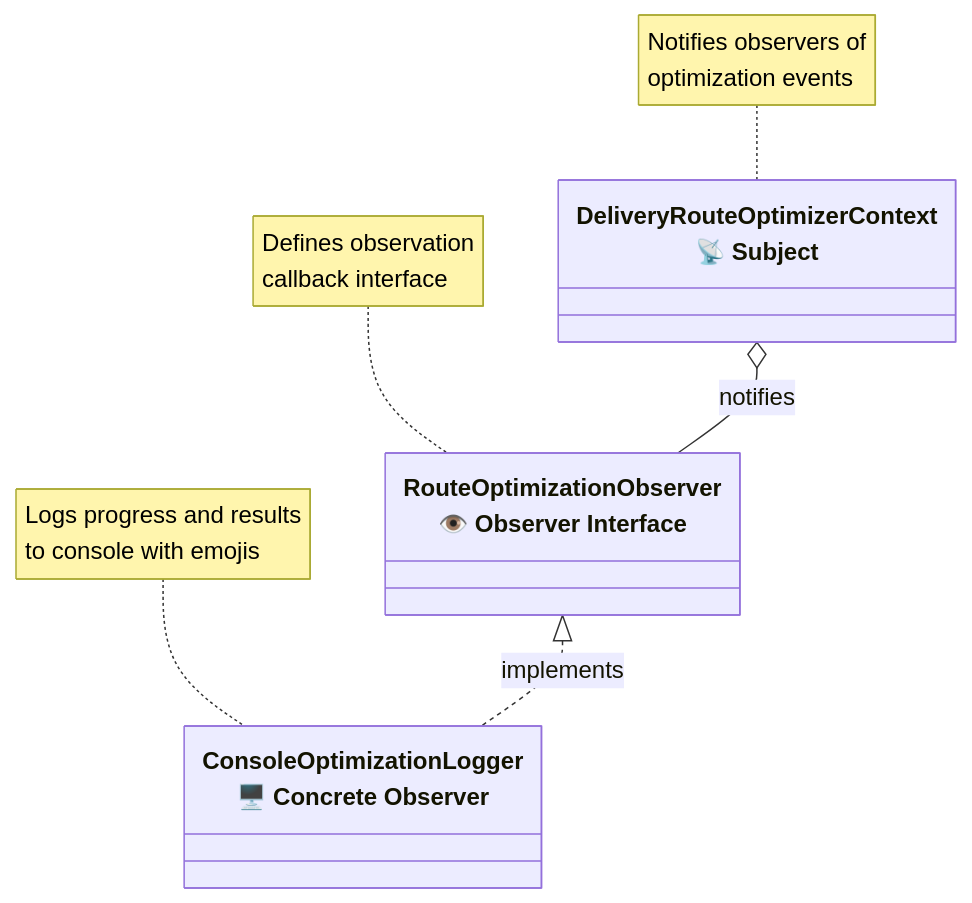
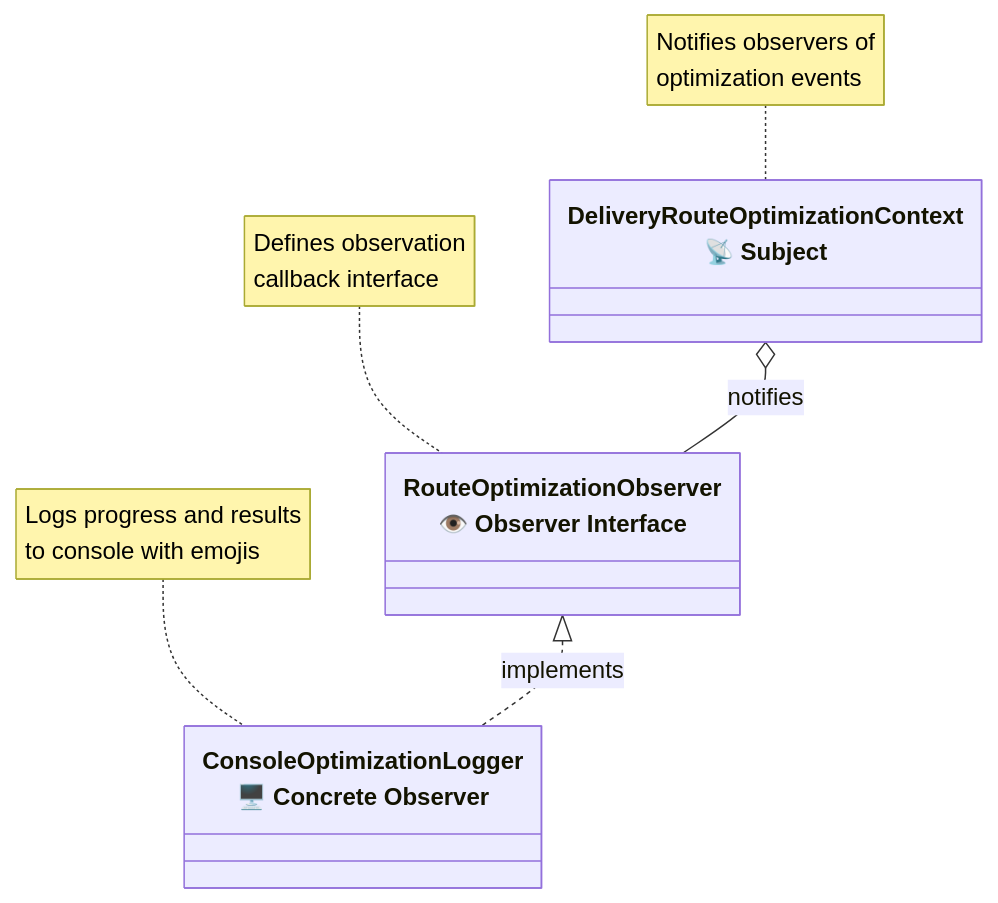
Before and after one commit to Sudharshan45/delivery-route-optimizer: the third of 5 diagrams in CLASS_DIAGRAM.md, drawn with Mermaid. The commit also changed other lines of this file and 8 other files, not shown here.

Commit message:
Update documentation and diagrams to match current codebase

````diff
--- a/CLASS_DIAGRAM.md
+++ b/CLASS_DIAGRAM.md
@@ -291,13 +247,13 @@
 ```mermaid
 classDiagram
-    class Subject["DeliveryRouteOptimizerContext<br/>📡 Subject"]
+    class Subject["DeliveryRouteOptimizationContext<br/>📡 Subject"]
     class Observer["RouteOptimizationObserver<br/>👁️ Observer Interface"]
     class ConcreteObserver["ConsoleOptimizationLogger<br/>🖥️ Concrete Observer"]
-    
+
     Subject o-- Observer : notifies
     Observer <|.. ConcreteObserver : implements
-    
+
     note for Subject "Notifies observers of<br/>optimization events"
     note for Observer "Defines observation<br/>callback interface"
     note for ConcreteObserver "Logs progress and results<br/>to console with emojis"
 ```
````
